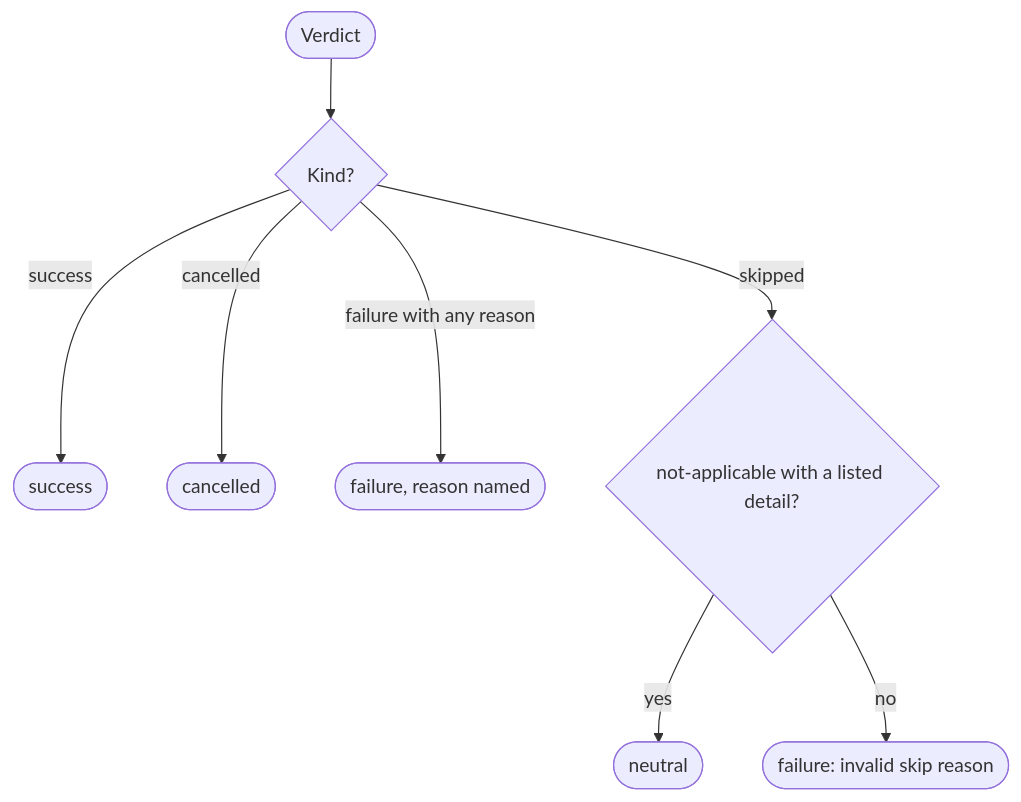
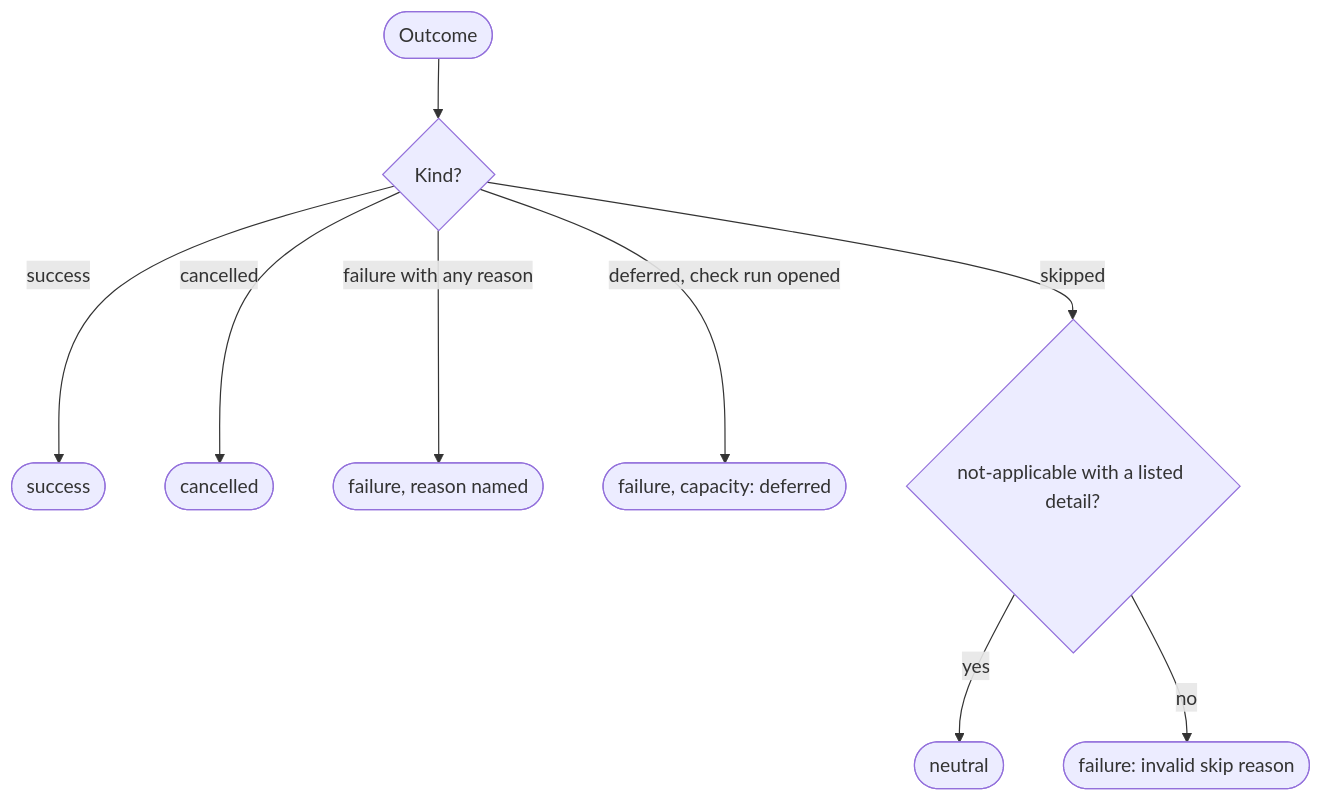
One commit to fractalboxdev/flare-dispatch changed the second of 2 diagrams in specs/github-output.md. Above: the diagram before and after it, drawn with Mermaid. The commit also changed other lines of this file and 45 other files, not shown here.

````diff
--- a/specs/github-output.md
+++ b/specs/github-output.md
@@ -163,20 +128,22 @@
 ```mermaid
 flowchart TD
-  accTitle: Verdict to conclusion
-  v([Verdict]) --> k{Kind?}
+  accTitle: Outcome to conclusion
+  v([Outcome]) --> k{Kind?}
   k -->|success| s([success])
   k -->|cancelled| c([cancelled])
   k -->|failure with any reason| f([failure, reason named])
+  k -->|deferred, check run opened| d(["failure, capacity: deferred"])
   k -->|skipped| r{"not-applicable with a listed detail?"}
   r -->|yes| n([neutral])
   r e1@-->|no| fi(["failure: invalid skip reason"])
   class v accent
   class k warn
   class r warn
   class s ok
   class n ok
   class c muted
   class f danger
+  class d danger
   class fi danger
   class e1 failure
 ```
````
